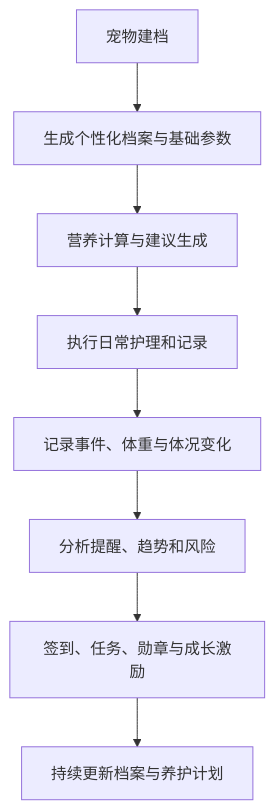
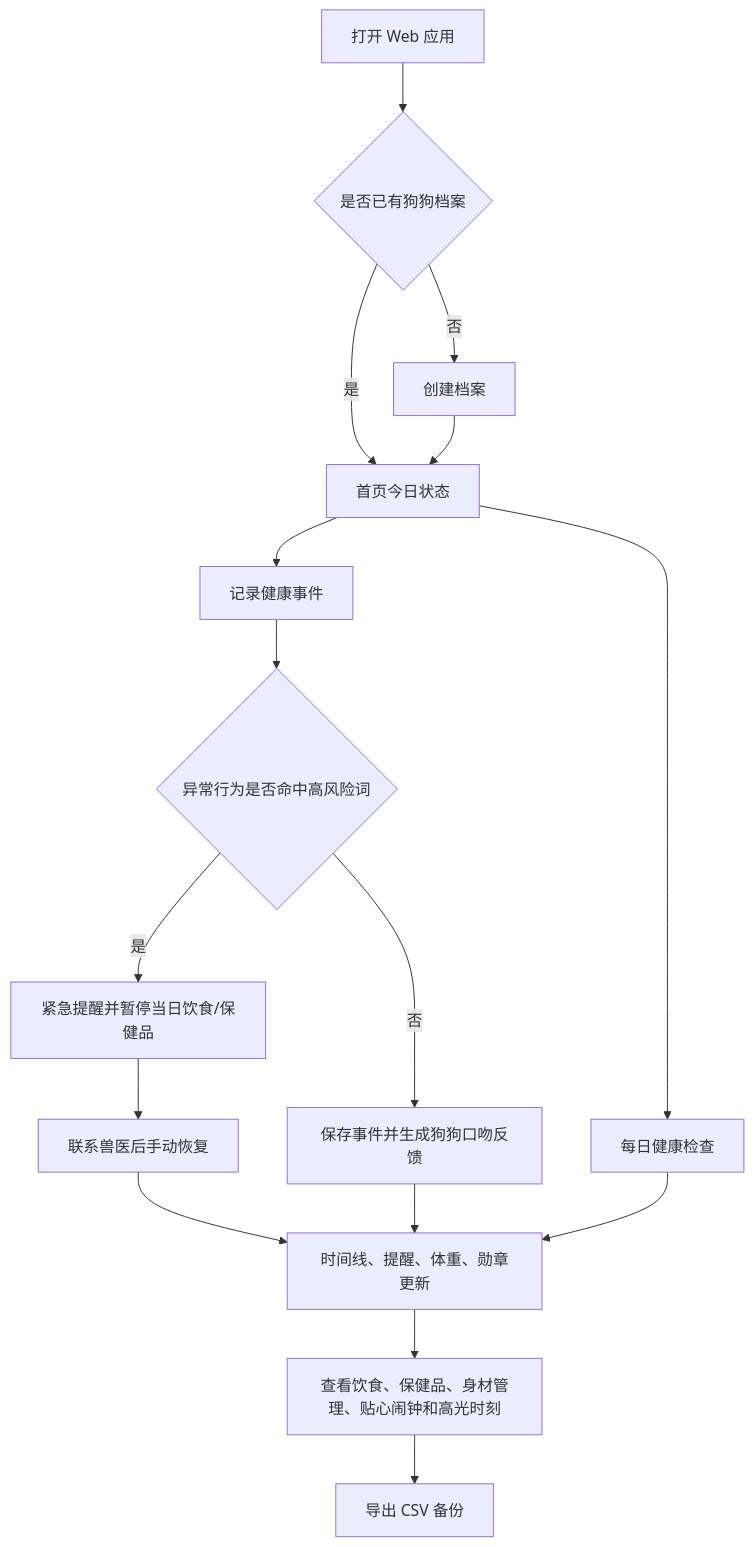
Before and after one commit to lingzi49/pawlife: the first of 3 diagrams in README.md, drawn with Mermaid. The commit also changed other lines of this file, not shown here.

````diff
--- a/README.md
+++ b/README.md
@@ -154,10 +245,18 @@
 ```mermaid
 flowchart TD
-    A[宠物建档] --> B[生成个性化档案与基础参数]
-    B --> C[营养计算与建议生成]
-    C --> D[执行日常护理和记录]
-    D --> E[记录事件、体重与体况变化]
-    E --> F[分析提醒、趋势和风险]
-    F --> G[签到、任务、勋章与成长激励]
-    G --> H[持续更新档案与养护计划]
+    A[打开 Web 应用] --> B{是否已有狗狗档案}
+    B -- 否 --> C[创建档案]
+    B -- 是 --> D[首页今日状态]
+    C --> D
+    D --> E[每日健康检查]
+    D --> F[记录健康事件]
+    F --> G{异常行为是否命中高风险词}
+    G -- 是 --> H[紧急提醒并暂停当日饮食/保健品]
+    H --> I[联系兽医后手动恢复]
+    G -- 否 --> J[保存事件并生成狗狗口吻反馈]
+    I --> K[时间线、提醒、体重、勋章更新]
+    J --> K
+    E --> K
+    K --> L[查看饮食、保健品、身材管理、贴心闹钟和高光时刻]
+    L --> M[导出 CSV 备份]
 ```
````
